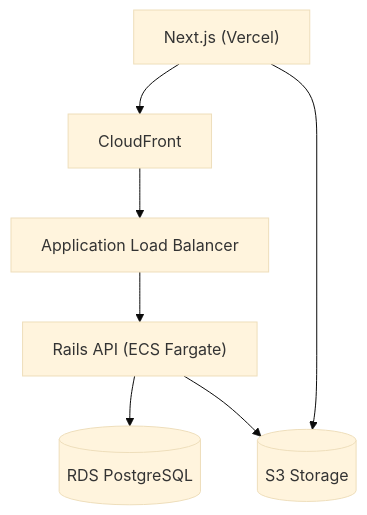
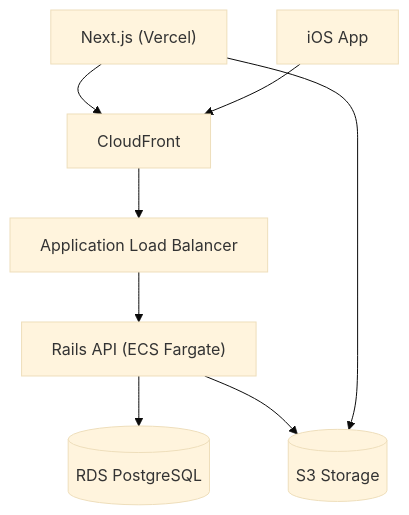
The diagram in README.md (nyshk97/shuriken-note), drawn with Mermaid (base theme) before and after one commit.

Commit message:
docs(readme): fix mermaid architecture diagram and add iOS client

````diff
--- a/README.md
+++ b/README.md
@@ -25,13 +25,16 @@
 ```mermaid
 flowchart TD
   Web["Next.js (Vercel)"]
+  IOS["iOS App"]
   CF["CloudFront"]
   ALB["Application Load Balancer"]
   API["Rails API (ECS Fargate)"]
   DB[("RDS PostgreSQL")]
   S3[("S3 Storage")]
 
   Web --> CF --> ALB --> API --> DB
+  IOS --> CF
   API --> S3
   Web --> S3
+
 ```
````
